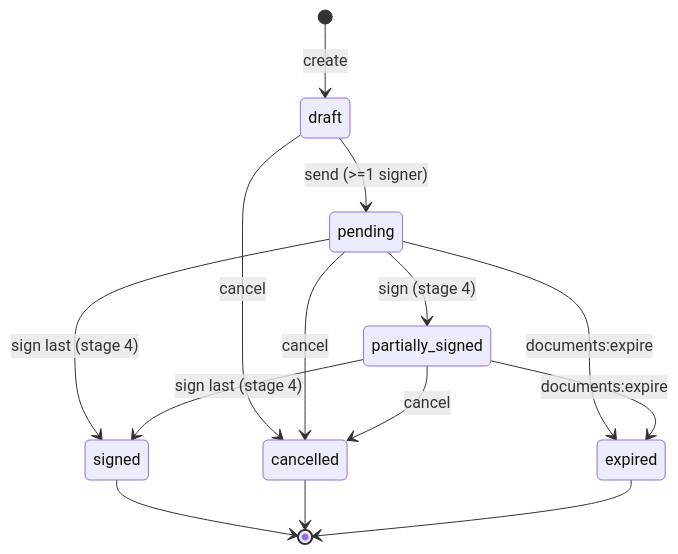
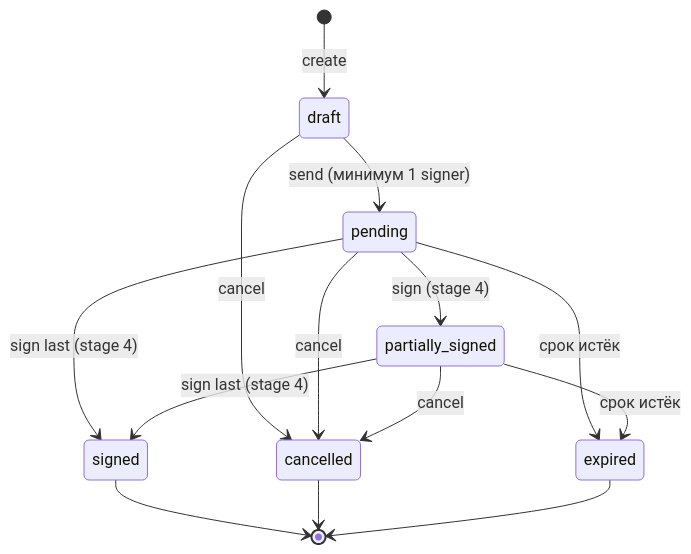
Before and after one commit to azaikina568/docsign-hub: the second of 5 diagrams in docs/diagrams.md, drawn with Mermaid. The commit also changed other lines of this file and 8 other files, not shown here.

First line of the commit message:
feat: viewable architecture diagrams and scheduler resilience

````diff
--- a/docs/diagrams.md
+++ b/docs/diagrams.md
@@ -76,16 +78,16 @@
 ```mermaid
 stateDiagram-v2
     [*] --> draft : create
-    draft --> pending : send (>=1 signer)
+    draft --> pending : send (минимум 1 signer)
     draft --> cancelled : cancel
     pending --> partially_signed : sign (stage 4)
     pending --> signed : sign last (stage 4)
     pending --> cancelled : cancel
-    pending --> expired : documents:expire
+    pending --> expired : срок истёк
     partially_signed --> signed : sign last (stage 4)
     partially_signed --> cancelled : cancel
-    partially_signed --> expired : documents:expire
+    partially_signed --> expired : срок истёк
     signed --> [*]
     cancelled --> [*]
     expired --> [*]
 ```
````
